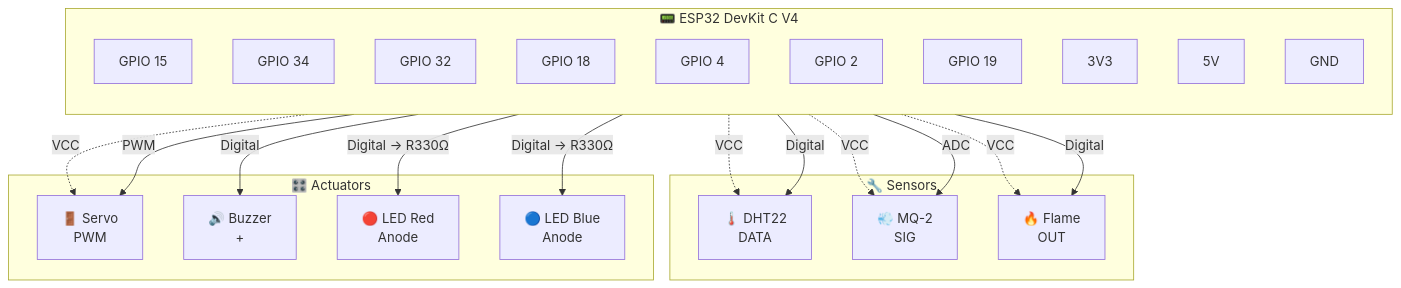
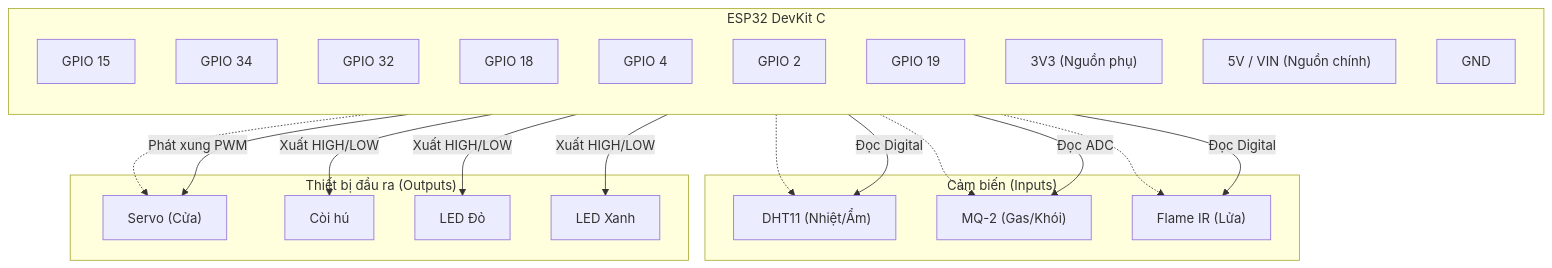
Before and after one commit to NhMinh-2610/ESP32-Fire-Alarm-System: the diagram in docs/HARDWARE.md, drawn with Mermaid. The commit also changed other lines of this file and 6 other files, not shown here.

````diff
--- a/docs/HARDWARE.md
+++ b/docs/HARDWARE.md
@@ -81,42 +53,43 @@
 ```mermaid
 graph TD
-    subgraph ESP32["📟 ESP32 DevKit C V4"]
-        direction TB
-        P15["GPIO 15"]
-        P34["GPIO 34"]
-        P32["GPIO 32"]
-        P18["GPIO 18"]
-        P4["GPIO 4"]
-        P2["GPIO 2"]
-        P19["GPIO 19"]
-        V33["3V3"]
-        V5["5V"]
-        GND["GND"]
-    end
+ subgraph ESP32[" ESP32 DevKit C"]
+ direction TB
+ P15["GPIO 15"]
+ P34["GPIO 34"]
+ P32["GPIO 32"]
+ P18["GPIO 18"]
+ P4["GPIO 4"]
+ P2["GPIO 2"]
+ P19["GPIO 19"]
+ V33["3V3 (Nguồn phụ)"]
+ V5["5V / VIN (Nguồn chính)"]
+ GND["GND"]
+ end
 
-    subgraph SENSORS["🔧 Sensors"]
-        DHT["🌡️ DHT22<br/>DATA"]
-        MQ["💨 MQ-2<br/>SIG"]
-        FL["🔥 Flame<br/>OUT"]
-    end
+ subgraph SENSORS[" Cảm biến (Inputs)"]
+ DHT["️ DHT11 (Nhiệt/Ẩm)"]
+ MQ[" MQ-2 (Gas/Khói)"]
+ FL[" Flame IR (Lửa)"]
+ end
 
-    subgraph ACTUATORS["🎛️ Actuators"]
-        SV["🚪 Servo<br/>PWM"]
-        BZ["🔊 Buzzer<br/>+"]
-        LR["🔴 LED Red<br/>Anode"]
-        LB["🔵 LED Blue<br/>Anode"]
-    end
+ subgraph ACTUATORS["️ Thiết bị đầu ra (Outputs)"]
+ SV[" Servo (Cửa)"]
+ BZ[" Còi hú"]
+ LR[" LED Đỏ"]
+ LB[" LED Xanh"]
+ end
 
-    V33 -.->|"VCC"| DHT
-    V33 -.->|"VCC"| MQ
-    V33 -.->|"VCC"| FL
-    V5 -.->|"VCC"| SV
+ V33 -.-> DHT
+ V33 -.-> MQ
+ V33 -.-> FL
+ V5 -.-> SV
 
-    P15 -->|"Digital"| DHT
-    P34 -->|"ADC"| MQ
-    P32 -->|"Digital"| FL
-    P18 -->|"PWM"| SV
-    P4 -->|"Digital"| BZ
-    P2 -->|"Digital → R330Ω"| LR
-    P19 -->|"Digital → R330Ω"| LB
+ P15 -->|"Đọc Digital"| DHT
+ P34 -->|"Đọc ADC"| MQ
+ P32 -->|"Đọc Digital"| FL
+ 
+ P18 -->|"Phát xung PWM"| SV
+ P4 -->|"Xuất HIGH/LOW"| BZ
+ P2 -->|"Xuất HIGH/LOW"| LR
+ P19 -->|"Xuất HIGH/LOW"| LB
 ```
````
